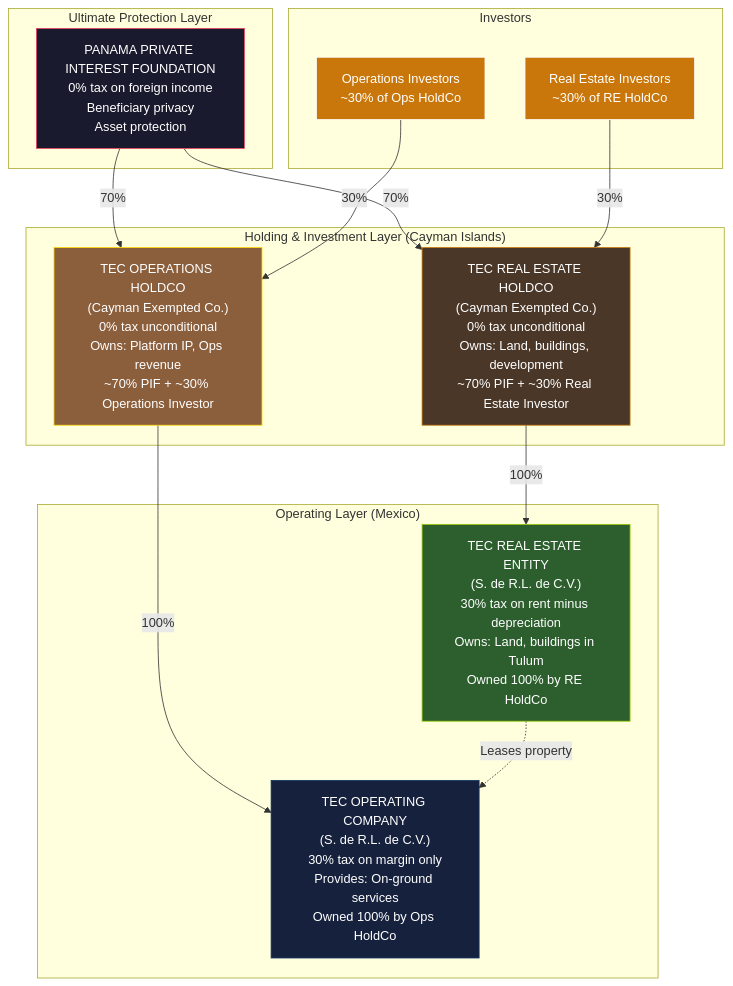
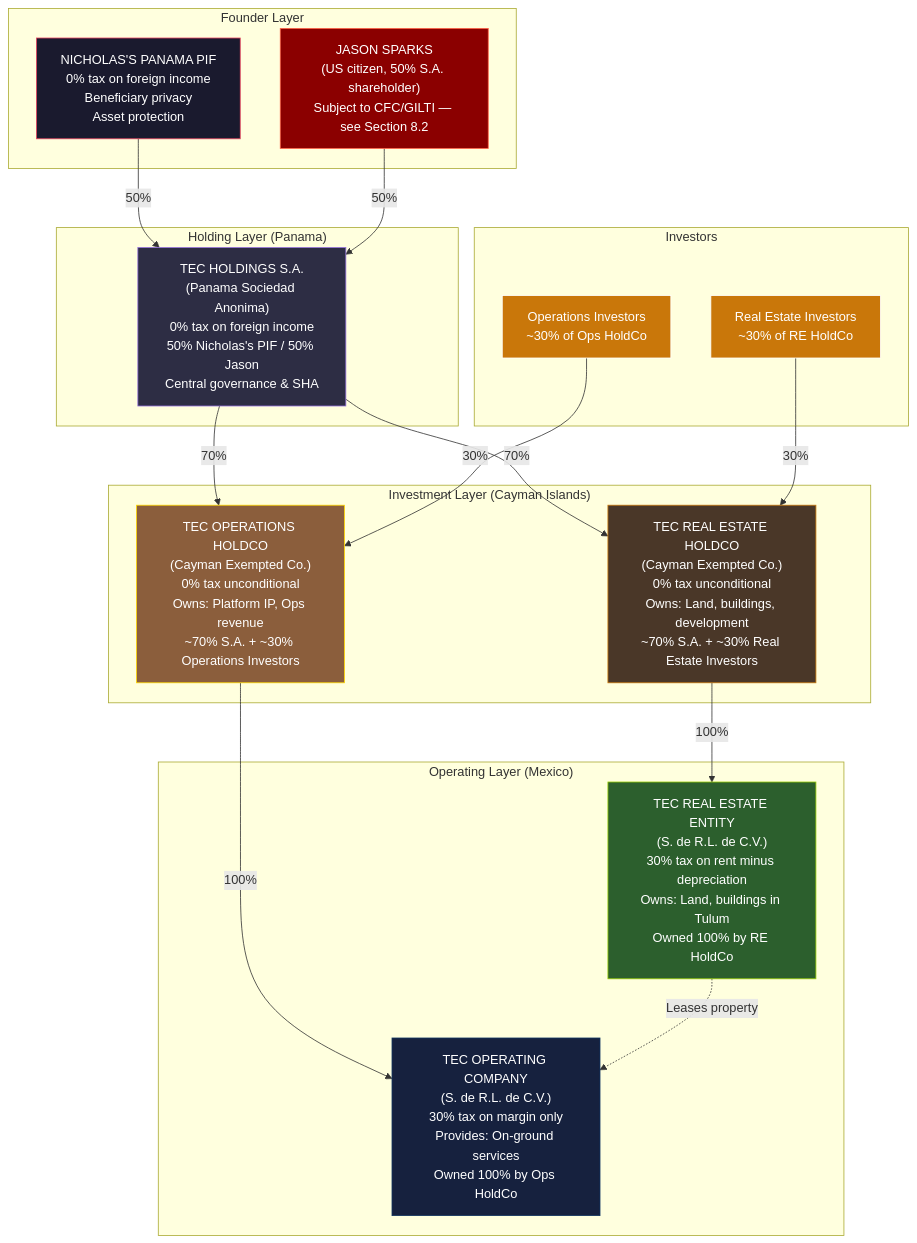
Before and after one commit to Light-Brands/epic-center: the first of 5 diagrams in docs/tax-structure/te/TEC-STANDALONE-STRUCTURE.md, drawn with Mermaid. The commit also changed other lines of this file, not shown here.

First line of the commit message:
Update TEC standalone structure: 50/50 Jason/Nicholas, S.A. layer, CFC/GILTI analysis

````diff
--- a/docs/tax-structure/te/TEC-STANDALONE-STRUCTURE.md
+++ b/docs/tax-structure/te/TEC-STANDALONE-STRUCTURE.md
@@ -49,41 +55,50 @@
 ```mermaid
 graph TB
-    subgraph "Ultimate Protection Layer"
-        PIF["PANAMA PRIVATE INTEREST FOUNDATION<br/>0% tax on foreign income<br/>Beneficiary privacy<br/>Asset protection"]
+    subgraph "Founder Layer"
+        PIF["NICHOLAS'S PANAMA PIF<br/>0% tax on foreign income<br/>Beneficiary privacy<br/>Asset protection"]
+        JASON["JASON SPARKS<br/>(US citizen, 50% S.A. shareholder)<br/>Subject to CFC/GILTI — see Section 8.2"]
     end
 
-    subgraph "Holding & Investment Layer (Cayman Islands)"
-        OPCO_CAYMAN["TEC OPERATIONS HOLDCO<br/>(Cayman Exempted Co.)<br/>0% tax unconditional<br/>Owns: Platform IP, Ops revenue<br/>~70% PIF + ~30% Operations Investor"]
+    subgraph "Holding Layer (Panama)"
+        SA["TEC HOLDINGS S.A.<br/>(Panama Sociedad Anonima)<br/>0% tax on foreign income<br/>50% Nicholas's PIF / 50% Jason<br/>Central governance & SHA"]
+    end
 
-        PROCO_CAYMAN["TEC REAL ESTATE HOLDCO<br/>(Cayman Exempted Co.)<br/>0% tax unconditional<br/>Owns: Land, buildings, development<br/>~70% PIF + ~30% Real Estate Investor"]
+    subgraph "Investment Layer (Cayman Islands)"
+        OPCO_CAYMAN["TEC OPERATIONS HOLDCO<br/>(Cayman Exempted Co.)<br/>0% tax unconditional<br/>Owns: Platform IP, Ops revenue<br/>~70% S.A. + ~30% Operations Investors"]
+
+        PROCO_CAYMAN["TEC REAL ESTATE HOLDCO<br/>(Cayman Exempted Co.)<br/>0% tax unconditional<br/>Owns: Land, buildings, development<br/>~70% S.A. + ~30% Real Estate Investors"]
     end
 
     subgraph "Operating Layer (Mexico)"
         MEXICO_OPS["TEC OPERATING COMPANY<br/>(S. de R.L. de C.V.)<br/>30% tax on margin only<br/>Provides: On-ground services<br/>Owned 100% by Ops HoldCo"]
 
         MEXICO_RE["TEC REAL ESTATE ENTITY<br/>(S. de R.L. de C.V.)<br/>30% tax on rent minus depreciation<br/>Owns: Land, buildings in Tulum<br/>Owned 100% by RE HoldCo"]
     end
 
     subgraph "Investors"
         OPS_INV["Operations Investors<br/>~30% of Ops HoldCo"]
         RE_INV["Real Estate Investors<br/>~30% of RE HoldCo"]
     end
 
-    PIF -->|"70%"| OPCO_CAYMAN
-    PIF -->|"70%"| PROCO_CAYMAN
+    PIF -->|"50%"| SA
+    JASON -->|"50%"| SA
+    SA -->|"70%"| OPCO_CAYMAN
+    SA -->|"70%"| PROCO_CAYMAN
     OPS_INV -->|"30%"| OPCO_CAYMAN
     RE_INV -->|"30%"| PROCO_CAYMAN
 
     OPCO_CAYMAN -->|"100%"| MEXICO_OPS
     PROCO_CAYMAN -->|"100%"| MEXICO_RE
 
     MEXICO_RE -.->|"Leases property"| MEXICO_OPS
 
     style PIF fill:#1a1a2e,stroke:#e94560,color:#fff
+    style JASON fill:#8b0000,stroke:#ff6347,color:#fff
+    style SA fill:#2d2d44,stroke:#9370db,color:#fff
     style OPCO_CAYMAN fill:#8b5e3c,stroke:#ffd700,color:#fff
     style PROCO_CAYMAN fill:#4a3728,stroke:#c9770a,color:#fff
     style MEXICO_OPS fill:#16213e,stroke:#0f3460,color:#fff
     style MEXICO_RE fill:#2c5f2d,stroke:#97cc04,color:#fff
     style OPS_INV fill:#c9770a,stroke:#fff,color:#fff
     style RE_INV fill:#c9770a,stroke:#fff,color:#fff
 ```
````
